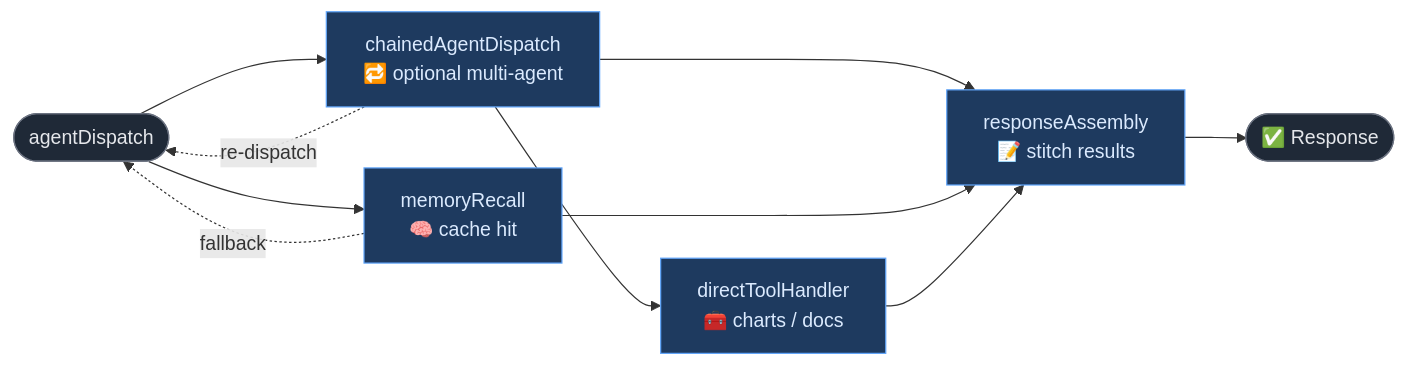
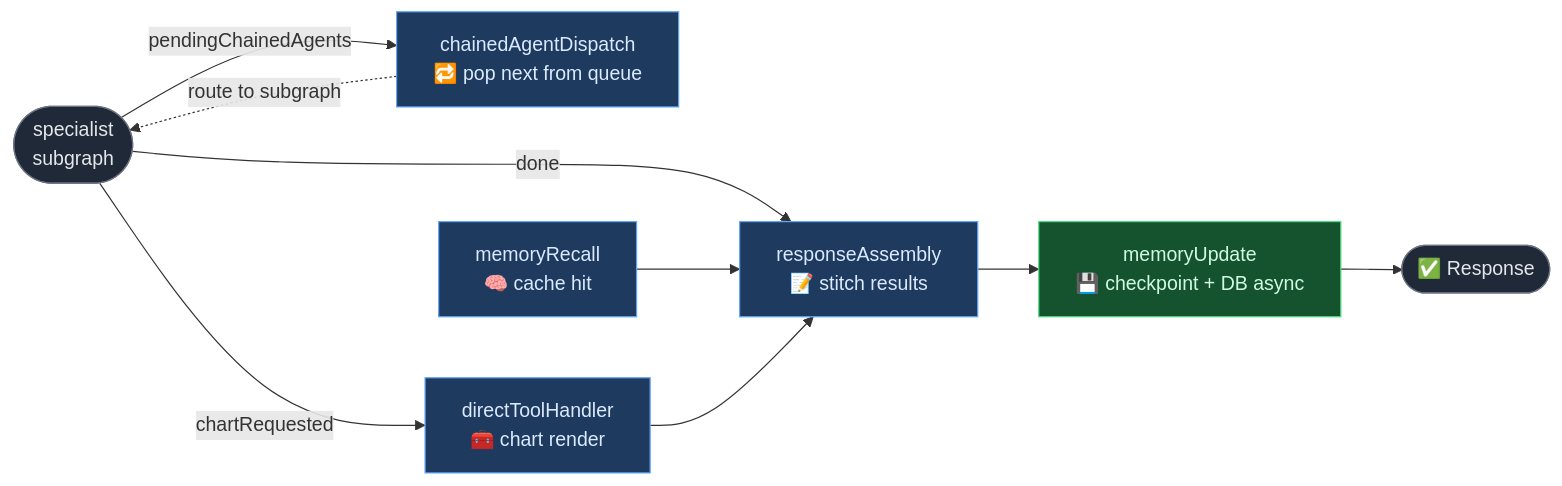
Before and after one commit to dr1tch/dr1tch-presentations: the sixth of 7 diagrams in decks/copilot.md, drawn with Mermaid. The commit also changed other lines of this file, not shown here.

````diff
--- a/decks/copilot.md
+++ b/decks/copilot.md
@@ -441,21 +507,22 @@
 ```mermaid {scale: 0.8}
 flowchart LR
-    AD(["agentDispatch"]):::input
-    CAD["chainedAgentDispatch\n🔁 optional multi-agent"]:::process
-    DT["directToolHandler\n🧰 charts / docs"]:::process
+    SP(["specialist\nsubgraph"]):::input
+    CAD["chainedAgentDispatch\n🔁 pop next from queue"]:::process
+    DT["directToolHandler\n🧰 chart render"]:::process
     MR["memoryRecall\n🧠 cache hit"]:::process
     RA["responseAssembly\n📝 stitch results"]:::process
+    MU["memoryUpdate\n💾 checkpoint + DB async"]:::success
     OUT(["✅ Response"]):::input
 
-    AD --> CAD
-    AD --> MR
-    CAD -.->|"re-dispatch"| AD
-    CAD --> DT
-    CAD --> RA
+    SP -->|"pendingChainedAgents"| CAD
+    CAD -.->|"route to subgraph"| SP
+    SP -->|"chartRequested"| DT
+    SP -->|"done"| RA
     MR --> RA
-    MR -.->|"fallback"| AD
-    DT --> RA --> OUT
+    DT --> RA
+    RA --> MU --> OUT
 
     classDef input    fill:#1f2937,stroke:#6b7280,color:#e5e7eb
     classDef process  fill:#1e3a5f,stroke:#60a5fa,color:#dbeafe
+    classDef success  fill:#14532d,stroke:#4ade80,color:#d1fae5
 ```
````
